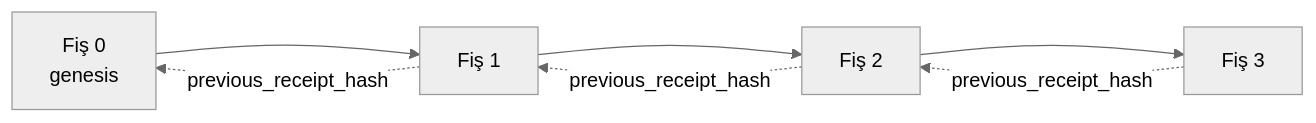
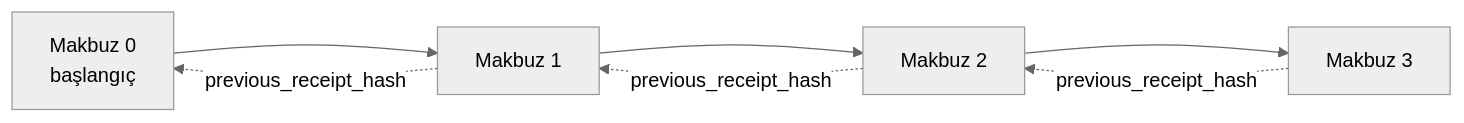
The second of 2 diagrams in mirrors/repos/microsoft@ai-agents-for-beginners/translations/tr/18-securing-ai-agents/README.md (gabrielmoreira/agent-skills-mirror), drawn with Mermaid (neutral theme) before and after one commit. The commit also changed other lines of this file and 8886 other files, not shown here.

````diff
--- a/mirrors/repos/microsoft@ai-agents-for-beginners/translations/tr/18-securing-ai-agents/README.md
+++ b/mirrors/repos/microsoft@ai-agents-for-beginners/translations/tr/18-securing-ai-agents/README.md
@@ -206,9 +206,9 @@
 ```mermaid
 flowchart LR
-    R0[Fiş 0<br/>genesis] --> R1[Fiş 1]
-    R1 --> R2[Fiş 2]
-    R2 --> R3[Fiş 3]
+    R0[Makbuz 0<br/>başlangıç] --> R1[Makbuz 1]
+    R1 --> R2[Makbuz 2]
+    R2 --> R3[Makbuz 3]
     R1 -. previous_receipt_hash .-> R0
     R2 -. previous_receipt_hash .-> R1
     R3 -. previous_receipt_hash .-> R2
 ```
````
